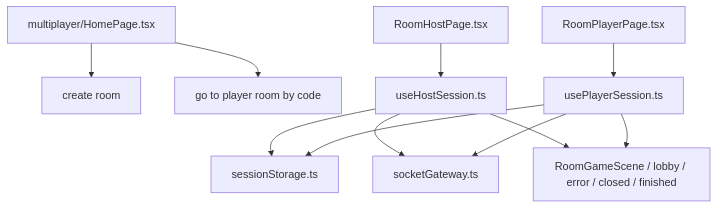
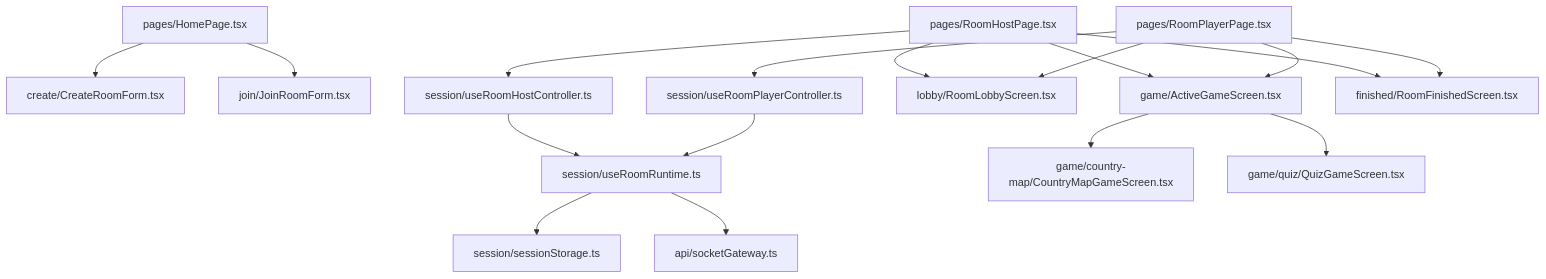
The seventh of 12 diagrams in docs/project-architecture.md (atamuratov07/maptap-game), drawn with Mermaid before and after one commit. The commit also changed other lines of this file and 2 other files, not shown here.

````diff
--- a/docs/project-architecture.md
+++ b/docs/project-architecture.md
@@ -326,16 +299,22 @@
 ```mermaid
 graph TD
-    Home["multiplayer/HomePage.tsx"] --> Create["create room"]
-    Home --> Join["go to player room by code"]
+    Home["pages/HomePage.tsx"] --> Create["create/CreateRoomForm.tsx"]
+    Home --> Join["join/JoinRoomForm.tsx"]
 
-    HostPage["RoomHostPage.tsx"] --> HostHook["useHostSession.ts"]
-    PlayerPage["RoomPlayerPage.tsx"] --> PlayerHook["usePlayerSession.ts"]
+    HostPage["pages/RoomHostPage.tsx"] --> HostController["session/useRoomHostController.ts"]
+    PlayerPage["pages/RoomPlayerPage.tsx"] --> PlayerController["session/useRoomPlayerController.ts"]
 
-    HostHook --> Store["sessionStorage.ts"]
-    PlayerHook --> Store
-    HostHook --> Gateway["socketGateway.ts"]
-    PlayerHook --> Gateway
+    HostController --> Runtime["session/useRoomRuntime.ts"]
+    PlayerController --> Runtime
+    Runtime --> Store["session/sessionStorage.ts"]
+    Runtime --> Gateway["api/socketGateway.ts"]
 
-    HostHook --> Scene["RoomGameScene / lobby / error / closed / finished"]
-    PlayerHook --> Scene
+    HostPage --> Lobby["lobby/RoomLobbyScreen.tsx"]
+    PlayerPage --> Lobby
+    HostPage --> Active["game/ActiveGameScreen.tsx"]
+    PlayerPage --> Active
+    Active --> MapGame["game/country-map/CountryMapGameScreen.tsx"]
+    Active --> Quiz["game/quiz/QuizGameScreen.tsx"]
+    HostPage --> Finished["finished/RoomFinishedScreen.tsx"]
+    PlayerPage --> Finished
 ```
````
